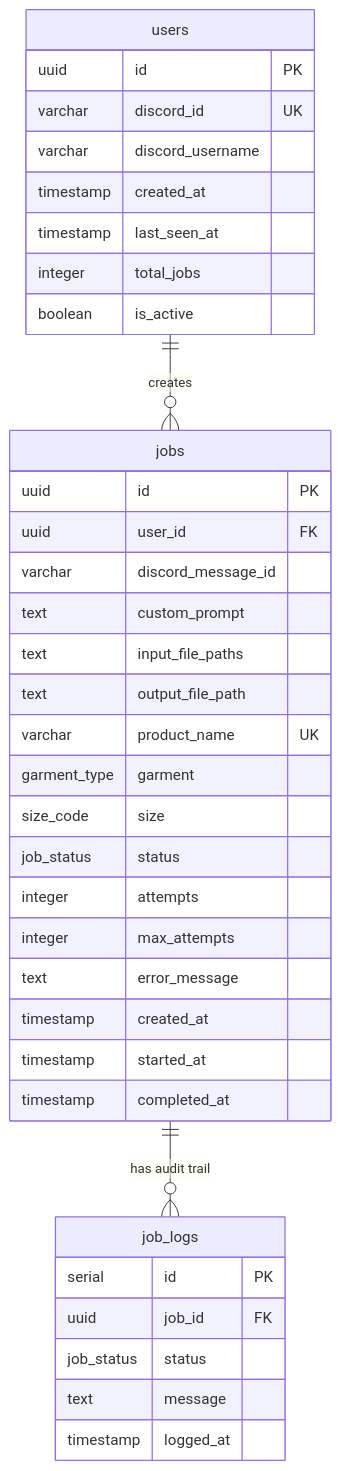
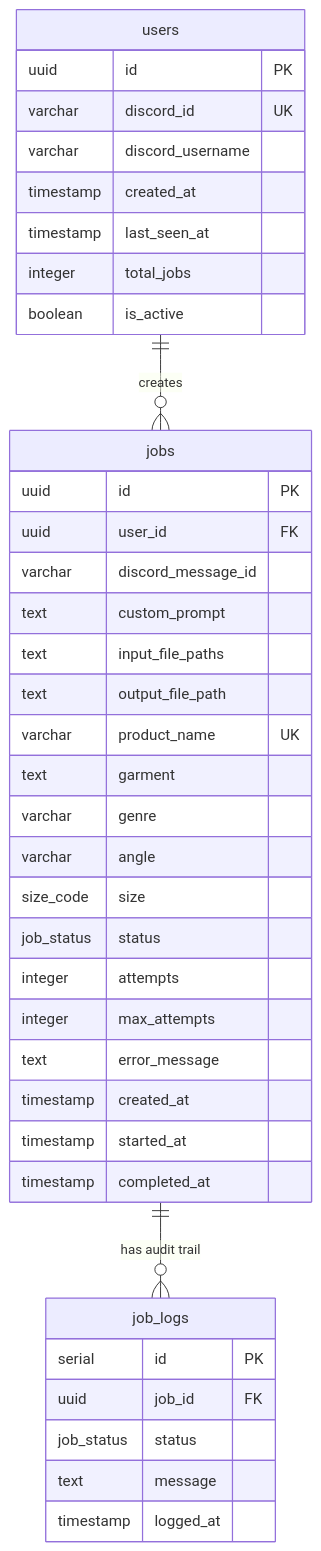
One commit to Skeeder1/Clothify changed the second of 2 diagrams in docs/SYSTEM_ARCHITECTURE.md. Above: the diagram before and after it, drawn with Mermaid. The commit also changed other lines of this file and 15 other files, not shown here.

````diff
--- a/docs/SYSTEM_ARCHITECTURE.md
+++ b/docs/SYSTEM_ARCHITECTURE.md
@@ -279,42 +310,44 @@
 ```mermaid
 erDiagram
     users ||--o{ jobs : "creates"
     jobs ||--o{ job_logs : "has audit trail"
     
     users {
         uuid id PK
         varchar discord_id UK
         varchar discord_username
         timestamp created_at
         timestamp last_seen_at
         integer total_jobs
         boolean is_active
     }
     
     jobs {
         uuid id PK
         uuid user_id FK
         varchar discord_message_id
         text custom_prompt
         text input_file_paths
         text output_file_path
         varchar product_name UK
-        garment_type garment
+        text garment
+        varchar genre
+        varchar angle
         size_code size
         job_status status
         integer attempts
         integer max_attempts
         text error_message
         timestamp created_at
         timestamp started_at
         timestamp completed_at
     }
     
     job_logs {
         serial id PK
         uuid job_id FK
         job_status status
         text message
         timestamp logged_at
     }
 ```
````
